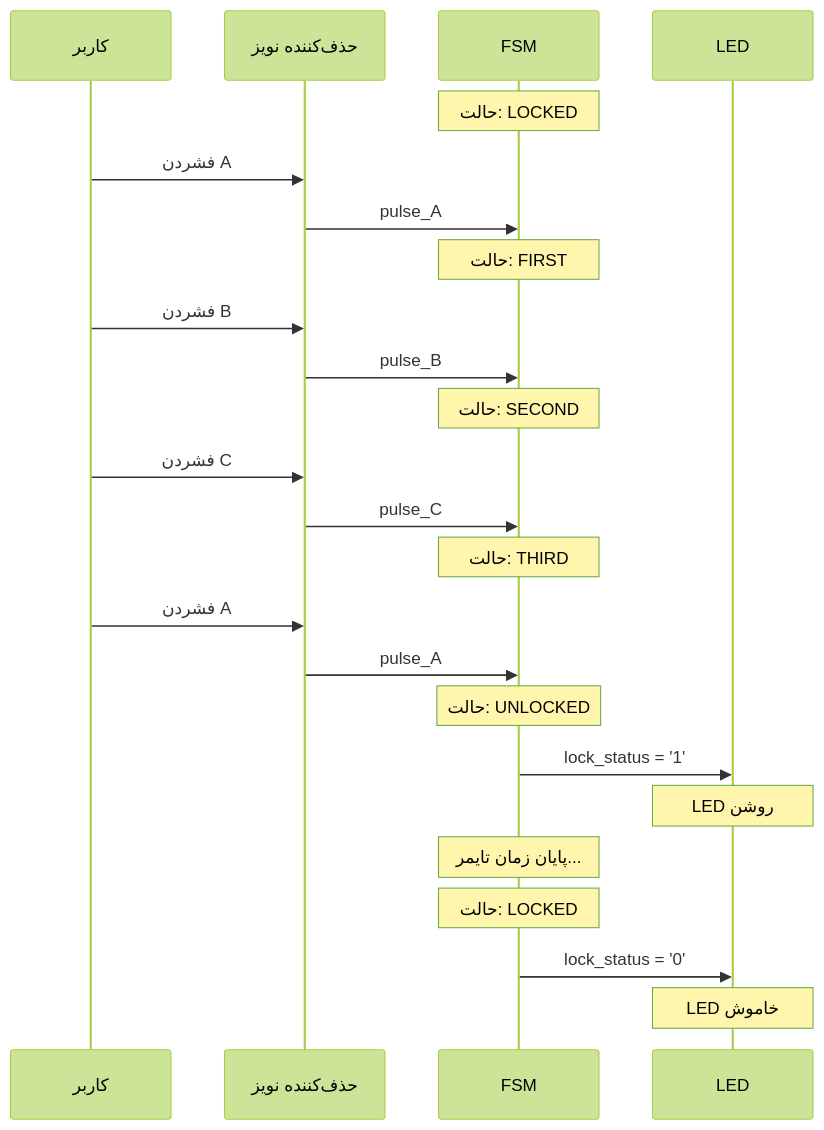
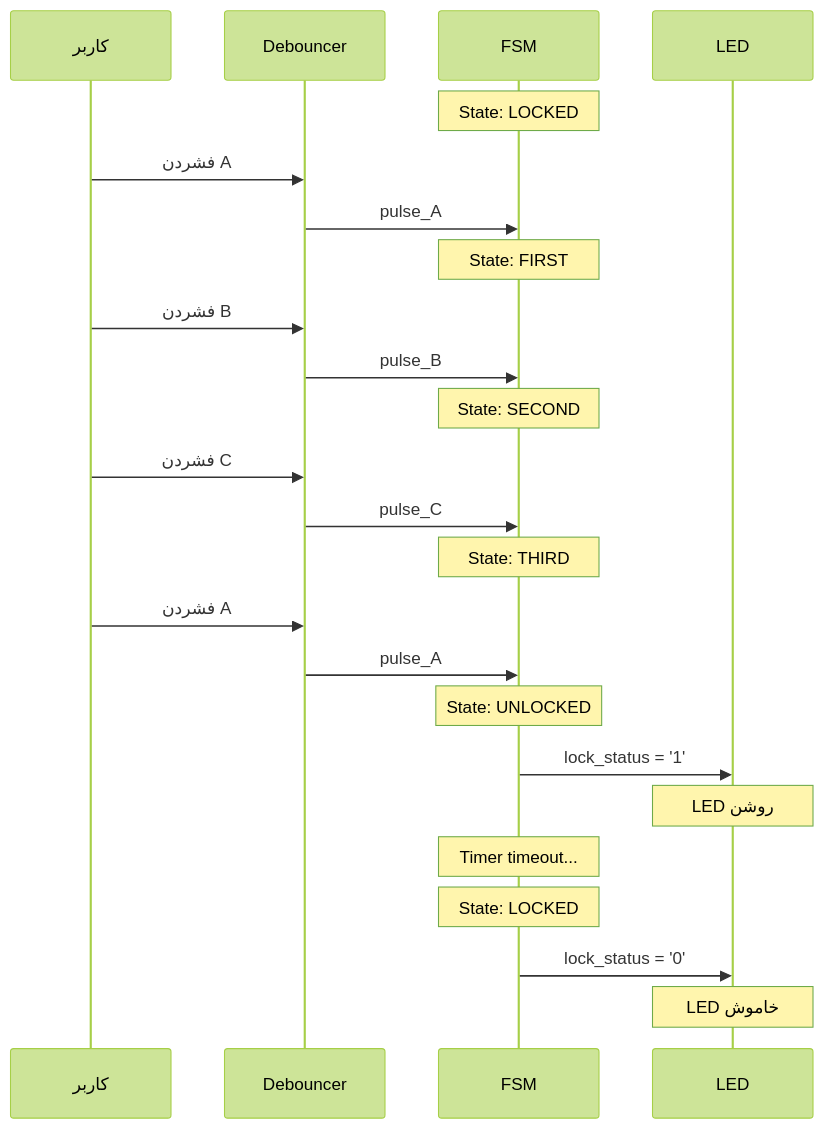
Before and after one commit to milad-afkhami/pattern-based-digital-lock: the second of 2 diagrams in README-fa.md, drawn with Mermaid (forest theme). The commit also changed other lines of this file and 9 other files, not shown here.

````diff
--- a/README-fa.md
+++ b/README-fa.md
@@ -232,31 +232,31 @@
 ```mermaid
 sequenceDiagram
     participant User as کاربر
-    participant Debouncer as حذف‌کننده نویز
+    participant Debouncer
     participant FSM
     participant LED
 
-    Note over FSM: حالت: LOCKED
+    Note over FSM: State: LOCKED
     User->>Debouncer: فشردن A
     Debouncer->>FSM: pulse_A
-    Note over FSM: حالت: FIRST
+    Note over FSM: State: FIRST
 
     User->>Debouncer: فشردن B
     Debouncer->>FSM: pulse_B
-    Note over FSM: حالت: SECOND
+    Note over FSM: State: SECOND
 
     User->>Debouncer: فشردن C
     Debouncer->>FSM: pulse_C
-    Note over FSM: حالت: THIRD
+    Note over FSM: State: THIRD
 
     User->>Debouncer: فشردن A
     Debouncer->>FSM: pulse_A
-    Note over FSM: حالت: UNLOCKED
+    Note over FSM: State: UNLOCKED
     FSM->>LED: lock_status = '1'
     Note over LED: LED روشن
 
-    Note over FSM: پایان زمان تایمر...
-    Note over FSM: حالت: LOCKED
+    Note over FSM: Timer timeout...
+    Note over FSM: State: LOCKED
     FSM->>LED: lock_status = '0'
     Note over LED: LED خاموش
 ```
````
